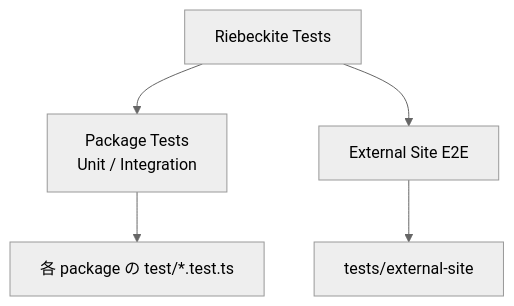
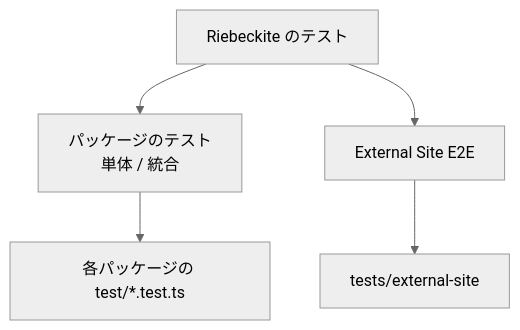
One commit to Rerurate514/riebeckite changed the first of 6 diagrams in docs/docs/framework/testing.ja.md. Above: the diagram before and after it, drawn with Mermaid (neutral theme). The commit also changed other lines of this file and 310 other files, not shown here.

````diff
--- a/docs/docs/framework/testing.ja.md
+++ b/docs/docs/framework/testing.ja.md
@@ -24,10 +17,10 @@
 ```mermaid
 flowchart TD
-    Test["Riebeckite Tests"]
+    Test["Riebeckite のテスト"]
 
-    Test --> Unit["Package Tests<br/>Unit / Integration"]
+    Test --> Unit["パッケージのテスト<br/>単体 / 統合"]
     Test --> E2E["External Site E2E"]
 
-    Unit --> Package["各 package の test/*.test.ts"]
+    Unit --> Package["各パッケージの test/*.test.ts"]
     E2E --> External["tests/external-site"]
 ```
````
